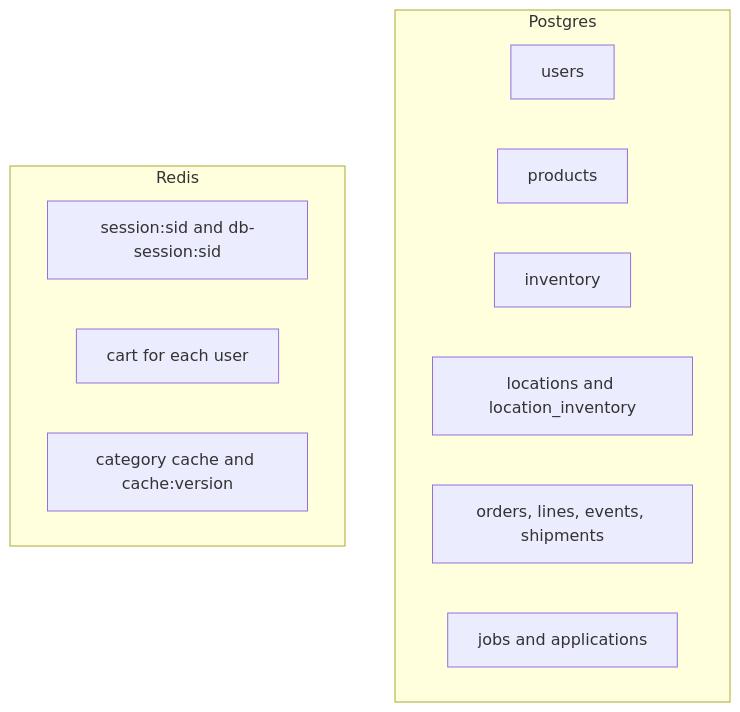
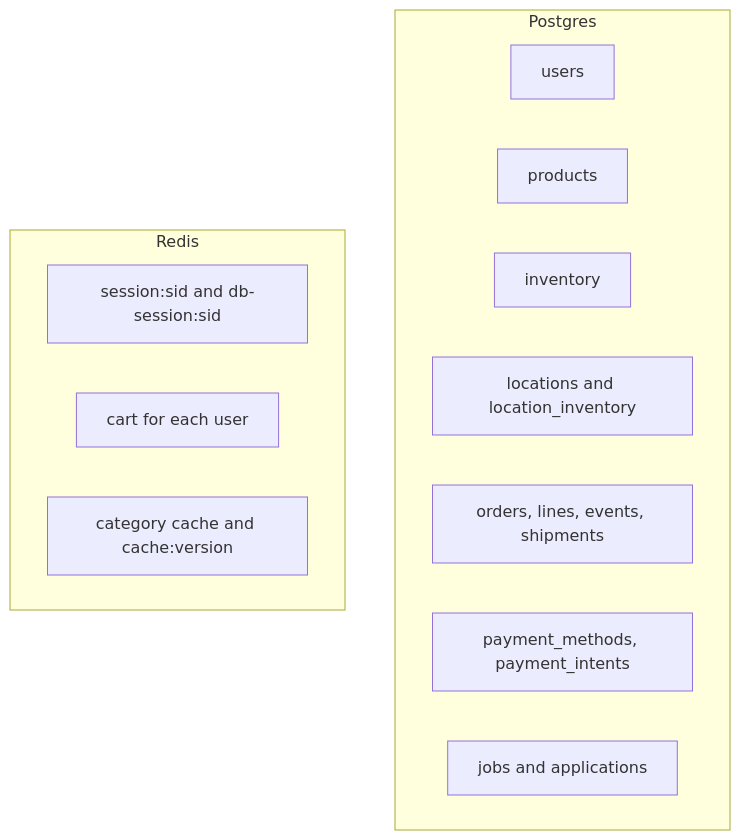
Before and after one commit to VinceBarresi/Marlow: the third of 3 diagrams in ARCHITECTURE.md, drawn with Mermaid. The commit also changed other lines of this file and 34 other files, not shown here.

````diff
--- a/ARCHITECTURE.md
+++ b/ARCHITECTURE.md
@@ -90,16 +96,17 @@
 ```mermaid
 flowchart TB
   subgraph postgres ["Postgres"]
     users["users"]
     products["products"]
     warehouse["inventory"]
     stores["locations and location_inventory"]
     orders["orders, lines, events, shipments"]
+    payments["payment_methods, payment_intents"]
     jobs["jobs and applications"]
   end
   subgraph redis ["Redis"]
     sessions["session:sid and db-session:sid"]
     carts["cart for each user"]
     cache["category cache and cache:version"]
   end
 ```
````
